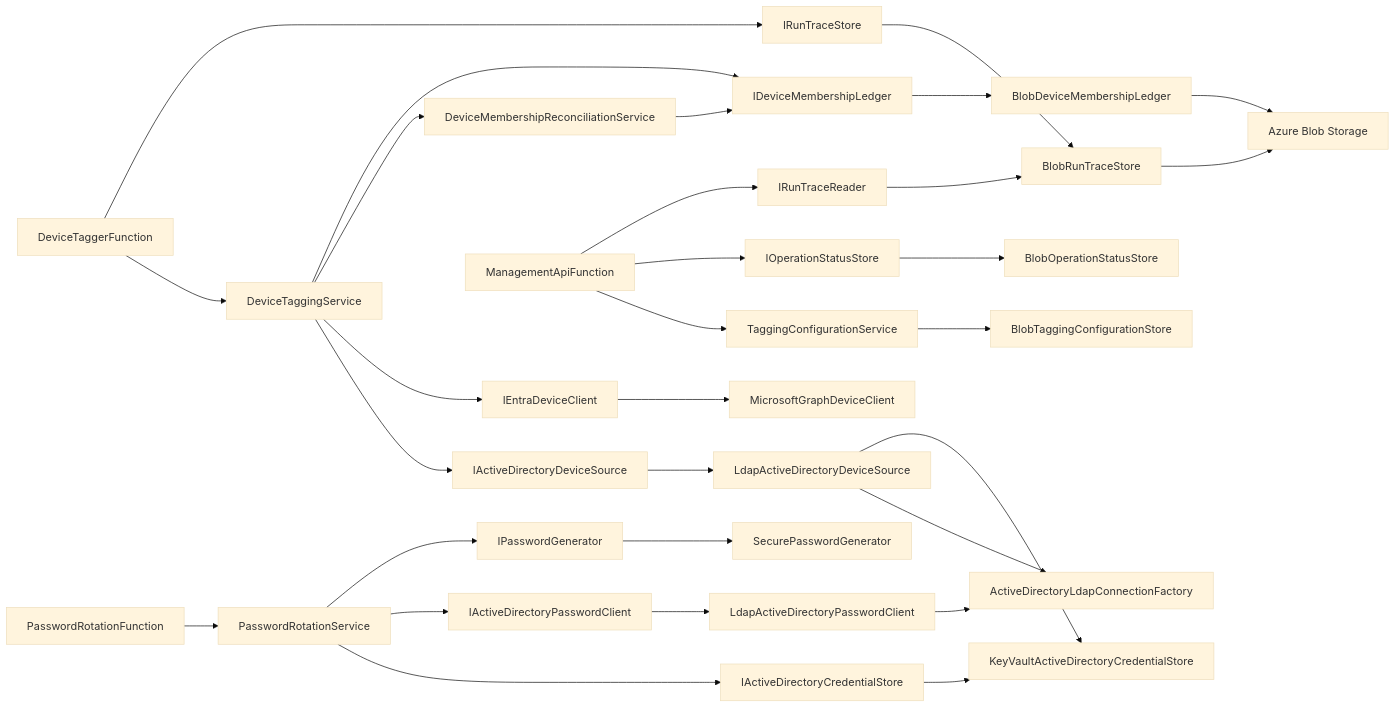
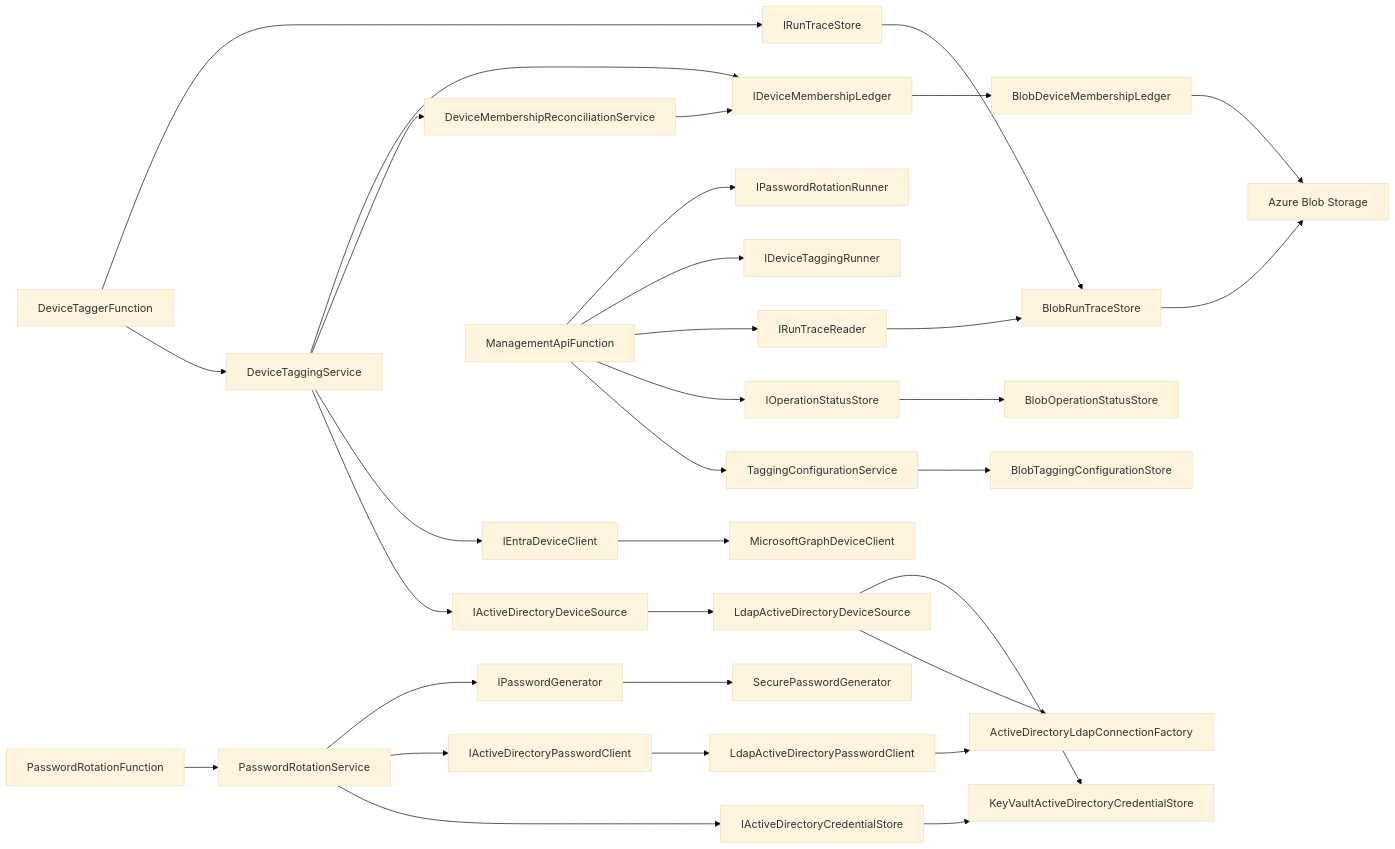
One commit to Kili69/HybridDeviceTagger changed the first of 3 diagrams in CODE_DOCUMENTATION.md. Above: the diagram before and after it, drawn with Mermaid (base theme). The commit also changed other lines of this file and 20 other files, not shown here.

````diff
--- a/CODE_DOCUMENTATION.md
+++ b/CODE_DOCUMENTATION.md
@@ -14,35 +14,37 @@
 ```mermaid
 flowchart LR
     DT[DeviceTaggerFunction] --> DTS[DeviceTaggingService]
     DT --> RTS[IRunTraceStore]
     RTS --> BRT[BlobRunTraceStore]
     DTS --> ADS[IActiveDirectoryDeviceSource]
     ADS --> LDAP[LdapActiveDirectoryDeviceSource]
     DTS --> EDC[IEntraDeviceClient]
     EDC --> GRAPH[MicrosoftGraphDeviceClient]
     DTS --> DMR[DeviceMembershipReconciliationService]
     DTS --> DML[IDeviceMembershipLedger]
     DMR --> DML
     DML --> BDML[BlobDeviceMembershipLedger]
 
     API[ManagementApiFunction] --> TCS[TaggingConfigurationService]
     API --> OSS[IOperationStatusStore]
     API --> RTR[IRunTraceReader]
+    API --> DTR[IDeviceTaggingRunner]
+    API --> PRR[IPasswordRotationRunner]
     TCS --> BTC[BlobTaggingConfigurationStore]
     OSS --> BOS[BlobOperationStatusStore]
     RTR --> BRT
 
     RT[PasswordRotationFunction] --> PRS[PasswordRotationService]
     PRS --> CS[IActiveDirectoryCredentialStore]
     CS --> KV[KeyVaultActiveDirectoryCredentialStore]
     PRS --> PC[IActiveDirectoryPasswordClient]
     PC --> LPC[LdapActiveDirectoryPasswordClient]
     PRS --> PG[IPasswordGenerator]
     PG --> SPG[SecurePasswordGenerator]
 
     LDAP --> LCF[ActiveDirectoryLdapConnectionFactory]
     LPC --> LCF
     LDAP --> KV
     BRT --> BLOB[Azure Blob Storage]
     BDML --> BLOB
 ```
````
